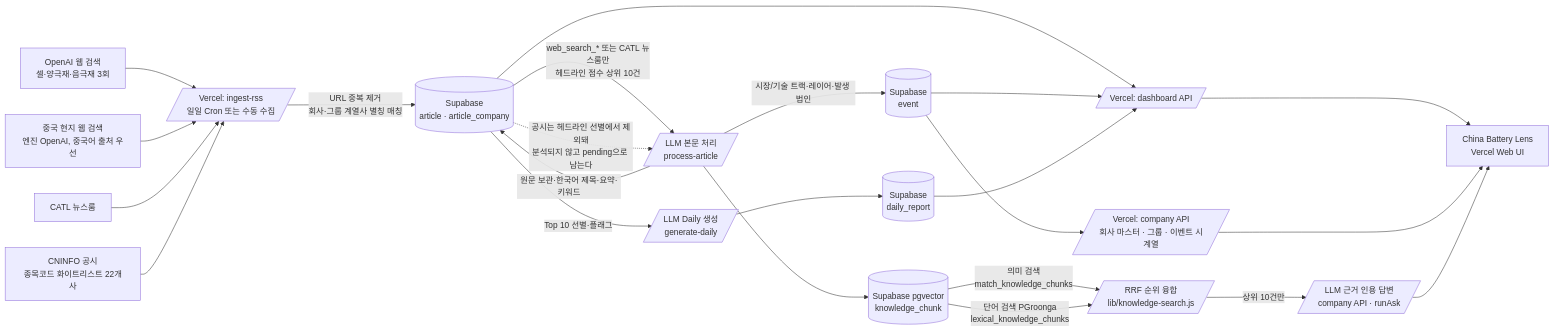
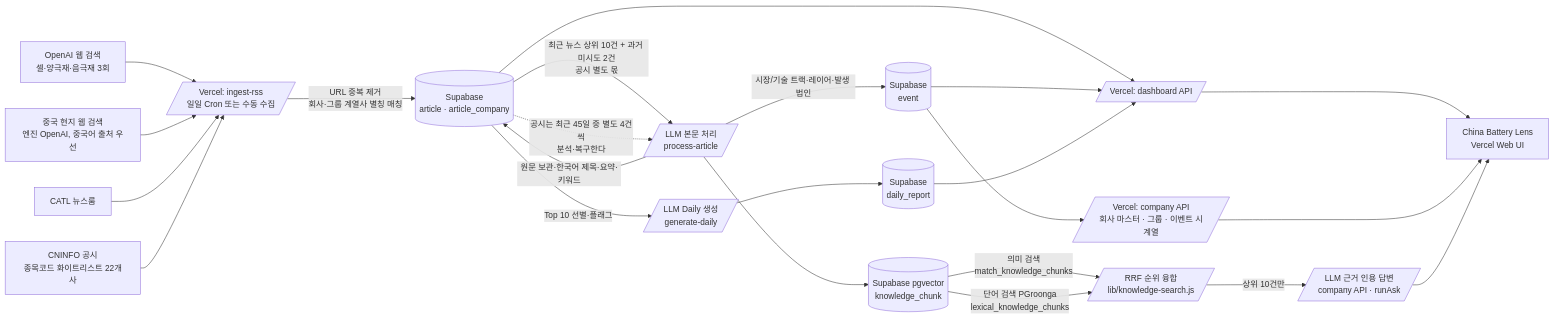
Before and after one commit to dongiljeffjang-ux/china_battery_info: the first of 2 diagrams in architecture.md, drawn with Mermaid. The commit also changed other lines of this file and 5 other files, not shown here.

````diff
--- a/architecture.md
+++ b/architecture.md
@@ -17,32 +17,32 @@
 ```mermaid
 flowchart LR
   OAI[OpenAI 웹 검색<br>셀·양극재·음극재 3회] --> INGEST
   DS[중국 현지 웹 검색<br>엔진 OpenAI, 중국어 출처 우선] --> INGEST
   CATLNEWS[CATL 뉴스룸] --> INGEST
   CNINFO[CNINFO 공시<br>종목코드 화이트리스트 22개사] --> INGEST
 
   INGEST[/Vercel: ingest-rss<br>일일 Cron 또는 수동 수집/]
   INGEST -->|URL 중복 제거<br>회사·그룹 계열사 별칭 매칭| ARTICLE[(Supabase<br>article · article_company)]
 
-  ARTICLE -->|web_search_* 또는 CATL 뉴스룸만<br>헤드라인 점수 상위 10건| PROCESS[/LLM 본문 처리<br>process-article/]
-  ARTICLE -.->|공시는 헤드라인 선별에서 제외돼<br>분석되지 않고 pending으로 남는다| PROCESS
+  ARTICLE -->|최근 뉴스 상위 10건 + 과거 미시도 2건<br>공시 별도 몫| PROCESS[/LLM 본문 처리<br>process-article/]
+  ARTICLE -.->|공시는 최근 45일 중 별도 4건씩<br>분석·복구한다| PROCESS
 
   PROCESS -->|원문 보관·한국어 제목·요약·키워드| ARTICLE
   PROCESS -->|시장/기술 트랙·레이어·발생 법인| EVENT[(Supabase<br>event)]
   PROCESS --> VECTOR[(Supabase pgvector<br>knowledge_chunk)]
 
   ARTICLE -->|Top 10 선별·플래그| DAILY[/LLM Daily 생성<br>generate-daily/]
   DAILY --> REPORT[(Supabase<br>daily_report)]
 
   ARTICLE --> DASH[/Vercel: dashboard API/]
   EVENT --> DASH
   REPORT --> DASH
   DASH --> UI[China Battery Lens<br>Vercel Web UI]
 
   EVENT --> COMPANY[/Vercel: company API<br>회사 마스터 · 그룹 · 이벤트 시계열/]
   COMPANY --> UI
   VECTOR -->|의미 검색<br>match_knowledge_chunks| FUSE[/RRF 순위 융합<br>lib/knowledge-search.js/]
   VECTOR -->|단어 검색 PGroonga<br>lexical_knowledge_chunks| FUSE
   FUSE -->|상위 10건만| ASK[/LLM 근거 인용 답변<br>company API · runAsk/]
   ASK --> UI
 ```
````
